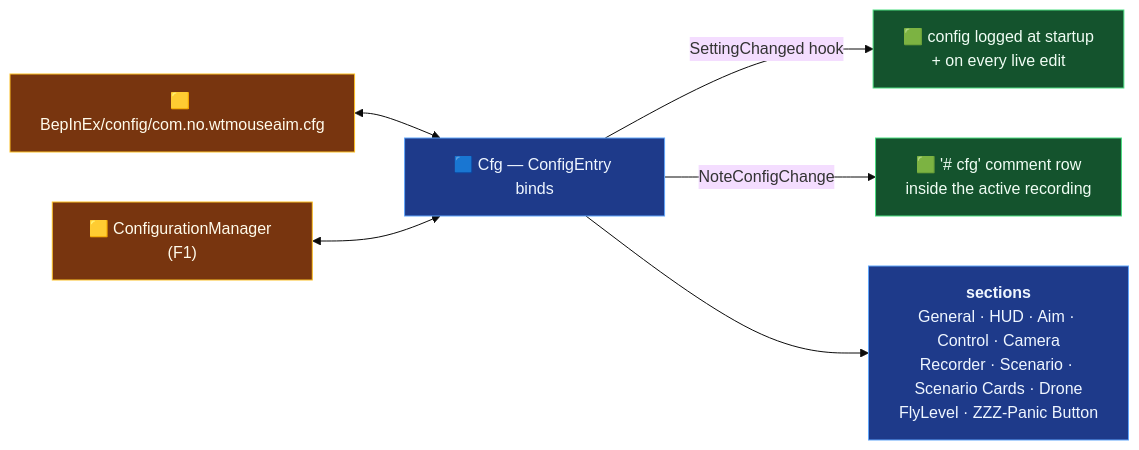
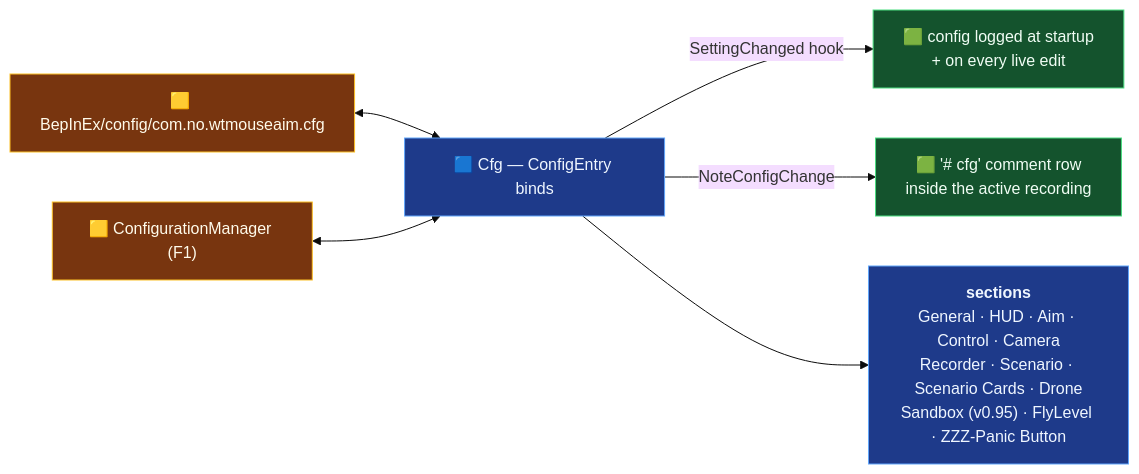
One commit to cosistra/wt-mouse-aim changed the eighth of 8 diagrams in ARCHITECTURE.md. Above: the diagram before and after it, drawn with Mermaid (base theme). The commit also changed other lines of this file and 7 other files, not shown here.

````diff
--- a/ARCHITECTURE.md
+++ b/ARCHITECTURE.md
@@ -610,16 +734,16 @@
 ```mermaid
 flowchart LR
     file["🟨 BepInEx/config/com.no.wtmouseaim.cfg"] <--> cfg["🟦 Cfg — ConfigEntry binds"]
     f1["🟨 ConfigurationManager (F1)"] <--> cfg
     cfg -->|"SettingChanged hook"| logline["🟩 config logged at startup<br/>+ on every live edit"]
     cfg -->|"NoteConfigChange"| csvcomment["🟩 '# cfg' comment row<br/>inside the active recording"]
 
-    cfg --> sec["<b>sections</b><br/>General · HUD · Aim · Control · Camera<br/>Recorder · Scenario · Scenario Cards · Drone<br/>FlyLevel · ZZZ-Panic Button"]
+    cfg --> sec["<b>sections</b><br/>General · HUD · Aim · Control · Camera<br/>Recorder · Scenario · Scenario Cards · Drone<br/>Sandbox (v0.95) · FlyLevel · ZZZ-Panic Button"]
 
     classDef mod fill:#1e3a8a,stroke:#60a5fa,color:#eff6ff
     classDef plat fill:#78350f,stroke:#fbbf24,color:#fffbeb
     classDef art fill:#14532d,stroke:#4ade80,color:#f0fdf4
     class cfg,sec mod
     class file,f1 plat
     class logline,csvcomment art
 ```
````
